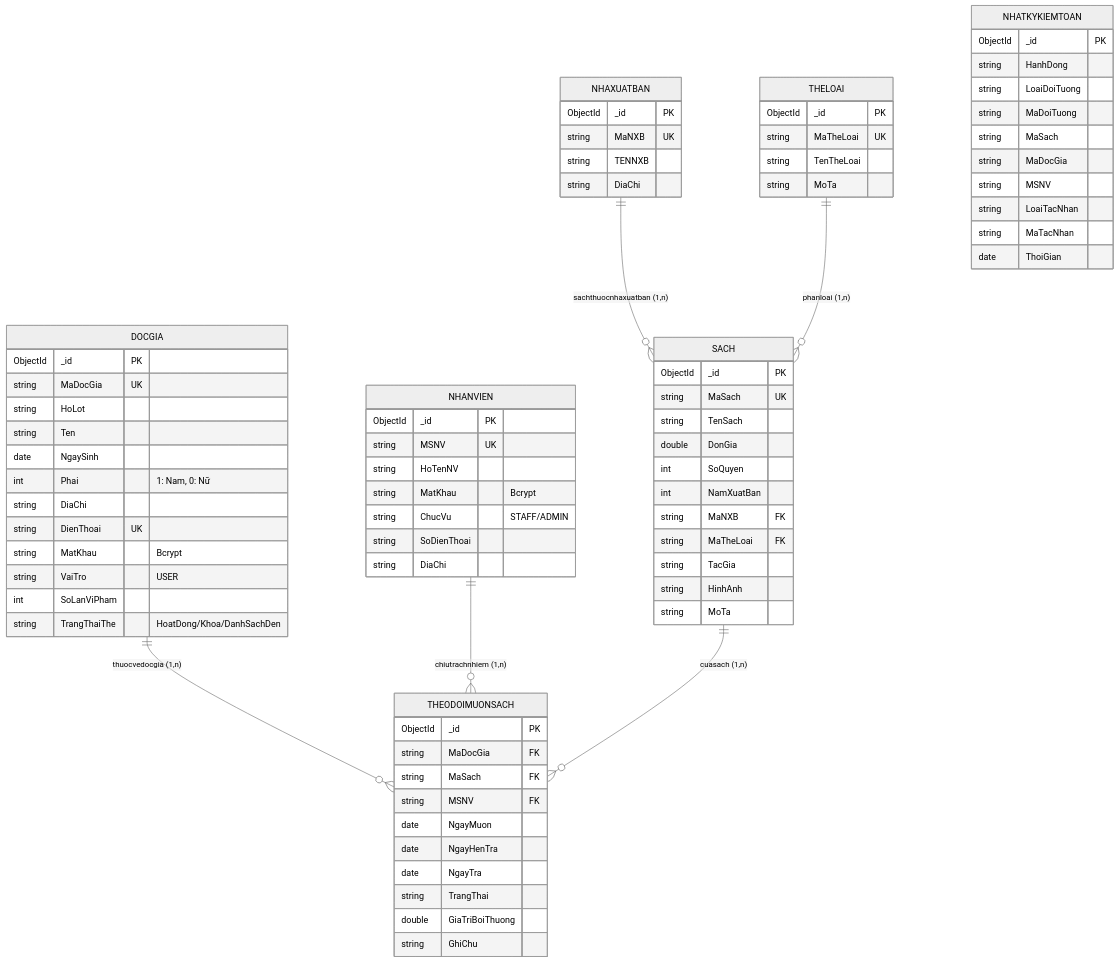
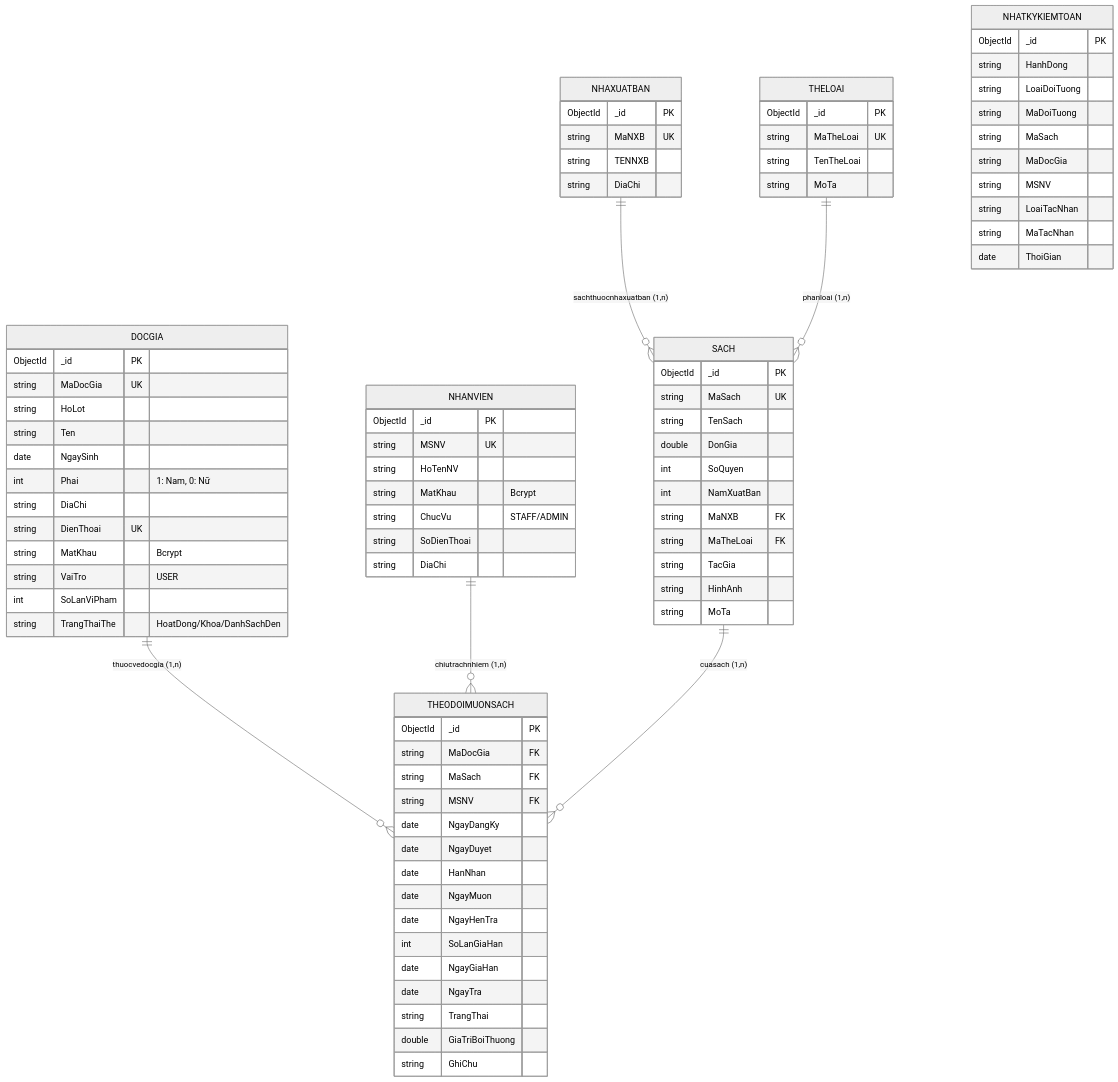
Before and after one commit to TranAnhVu2005/B2306603_Tran_Anh_Vu_Manage_Book_At_Library: the diagram in docs/02_DATABASE.md, drawn with Mermaid (neutral theme). The commit also changed other lines of this file and 22 other files, not shown here.

```diff
--- a/docs/02_DATABASE.md
+++ b/docs/02_DATABASE.md
@@ -289,8 +294,13 @@
         string MaDocGia FK
         string MaSach FK
         string MSNV FK
+        date NgayDangKy
+        date NgayDuyet
+        date HanNhan
         date NgayMuon
         date NgayHenTra
+        int SoLanGiaHan
+        date NgayGiaHan
         date NgayTra
         string TrangThai
         double GiaTriBoiThuong
```
